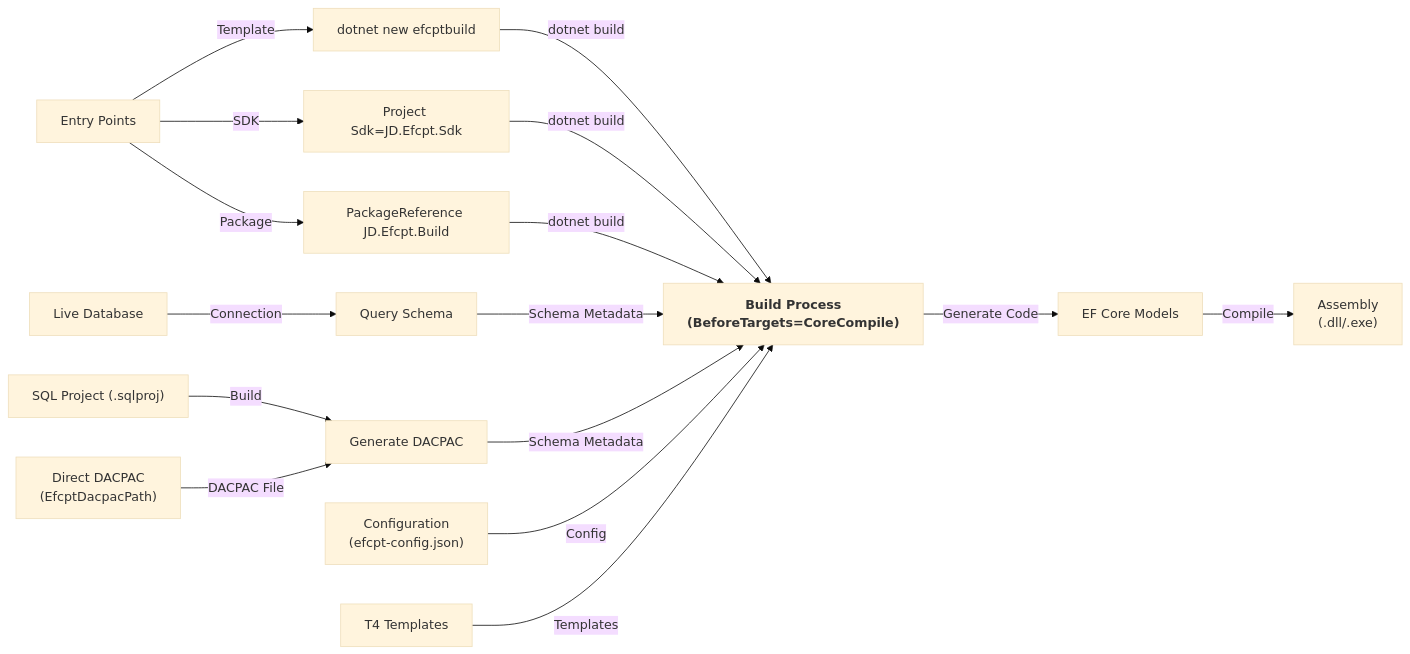
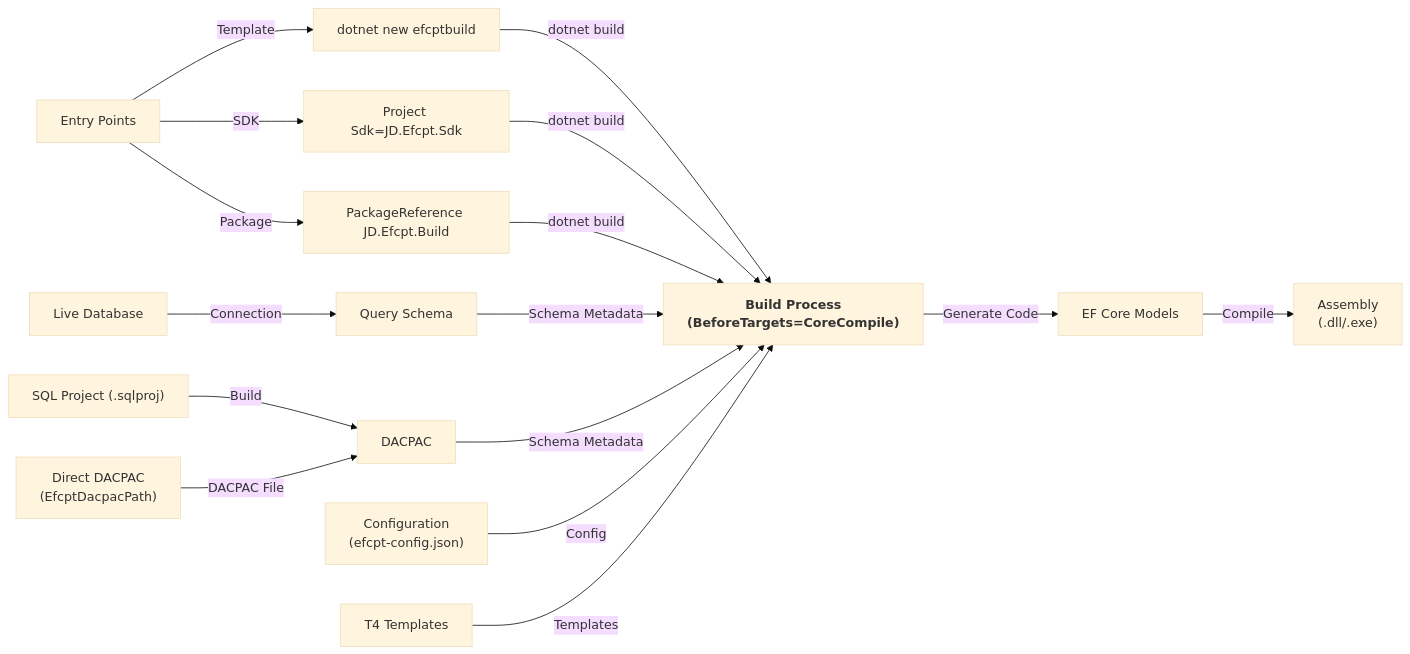
Before and after one commit to JerrettDavis/JD.Efcpt.Build: the diagram in README.md, drawn with Mermaid (base theme). The commit also changed 7 other files, not shown here.

````diff
--- a/README.md
+++ b/README.md
@@ -48,20 +48,20 @@
 ```mermaid
 graph LR
     K["Entry Points"]
     K -->|Template| L["dotnet new efcptbuild"]
     K -->|SDK| M["Project Sdk=JD.Efcpt.Sdk"]
     K -->|Package| N["PackageReference JD.Efcpt.Build"]
     
     L & M & N -->|dotnet build| Build["<b>Build Process<br/>(BeforeTargets=CoreCompile)</b>"]
     
     A["Live Database"] -->|Connection| B["Query Schema"]
-    C["SQL Project (.sqlproj)"] -->|Build| D["Generate DACPAC"]
+    C["SQL Project (.sqlproj)"] -->|Build| D["DACPAC"]
     Direct["Direct DACPAC<br/>(EfcptDacpacPath)"] -->|DACPAC File| D
     
     B & D -->|Schema Metadata| Build
     F["Configuration<br/>(efcpt-config.json)"] -->|Config| Build
     G["T4 Templates"] -->|Templates| Build
     
     Build -->|Generate Code| H["EF Core Models"]
     H -->|Compile| I["Assembly<br/>(.dll/.exe)"]
 ```
````
